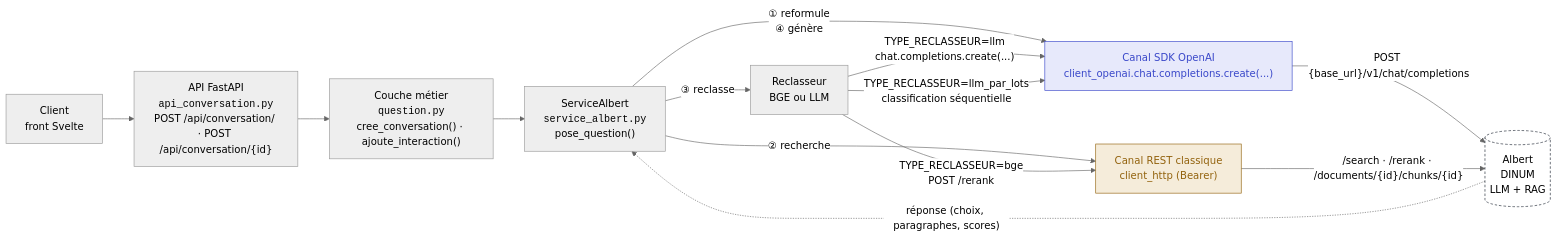
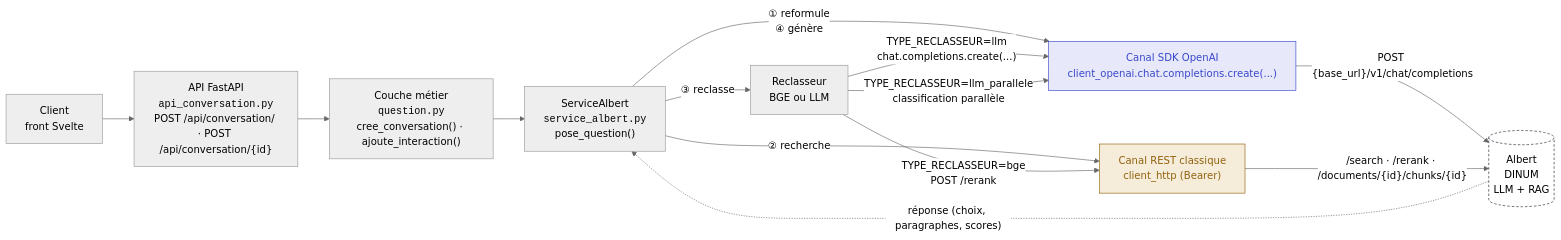
One commit to betagouv/anssi-recommandations-cyber changed the diagram in docs/interactions_albert.md. Above: the diagram before and after it, drawn with Mermaid (neutral theme). The commit also changed 11 other files, not shown here.

Commit message:
Remplace `TYPE_RECLASSEUR=llm_par_lots` par `llm_parallele` ... la fabrique construit `ReclasseurLLMEnParallele` avec le coordinateur du serveur et un client sans reprises ; les tests de configuration ne dépendent plus de l'environnement du poste

````diff
--- a/docs/interactions_albert.md
+++ b/docs/interactions_albert.md
@@ -8,25 +8,25 @@
 ```mermaid
 flowchart LR
     Client["Client<br/>front Svelte"] --> API["API FastAPI<br/><code>api_conversation.py</code><br/>POST /api/conversation/ · POST /api/conversation/{id}"]
     API --> Metier["Couche métier<br/><code>question.py</code><br/>cree_conversation() · ajoute_interaction()"]
     Metier --> SA["ServiceAlbert<br/><code>service_albert.py</code><br/>pose_question()"]
 
     SA -->|"① reformule<br/>④ génère"| OpenAI["Canal SDK OpenAI<br/>client_openai.chat.completions.create(...)"]
     SA -->|"② recherche"| REST["Canal REST classique<br/>client_http (Bearer)"]
     SA -->|"③ reclasse"| Reclasseur["Reclasseur<br/>BGE ou LLM"]
     Reclasseur -->|"TYPE_RECLASSEUR=bge<br/>POST /rerank"| REST
     Reclasseur -->|"TYPE_RECLASSEUR=llm<br/>chat.completions.create(...)"| OpenAI
-    Reclasseur -->|"TYPE_RECLASSEUR=llm_par_lots<br/>classification séquentielle"| OpenAI
+    Reclasseur -->|"TYPE_RECLASSEUR=llm_parallele<br/>classification parallèle"| OpenAI
 
     OpenAI -->|"POST {base_url}/v1/chat/completions"| Albert[("Albert<br/>DINUM<br/>LLM + RAG")]
     REST -->|"/search · /rerank · /documents/{id}/chunks/{id}"| Albert
 
     Albert -.->|"réponse (choix, paragraphes, scores)"| SA
 
     classDef openai fill:#e7e9fb,stroke:#3947c9,color:#3947c9;
     classDef rest fill:#f5ecda,stroke:#92620d,color:#92620d;
     classDef albert fill:#ffffff,stroke:#1c2331,stroke-dasharray: 4 3;
     class OpenAI openai;
     class REST rest;
     class Albert albert;
 ```
````
